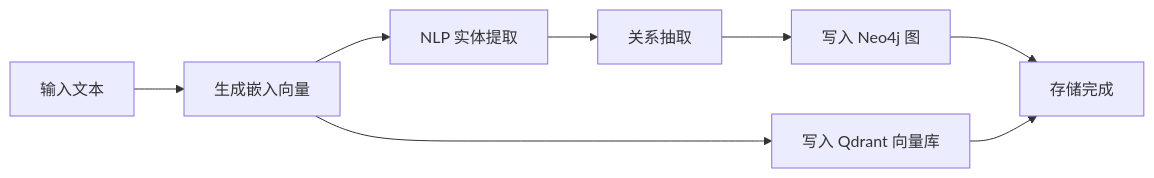
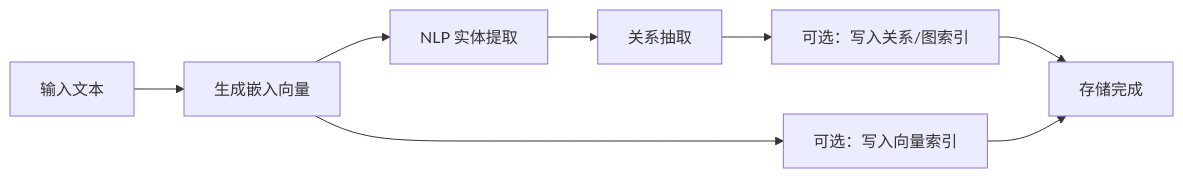
The first of 3 diagrams in knowledge/llm/agent/agent-memory.md (AmbitionC/front-end-journey-resource), drawn with Mermaid before and after one commit. The commit also changed other lines of this file and 13 other files, not shown here.

````diff
--- a/knowledge/llm/agent/agent-memory.md
+++ b/knowledge/llm/agent/agent-memory.md
@@ -127,9 +103,9 @@
 ```mermaid
 flowchart LR
     A[输入文本] --> B[生成嵌入向量]
     B --> C[NLP 实体提取]
     C --> D[关系抽取]
-    D --> E[写入 Neo4j 图]
-    B --> F[写入 Qdrant 向量库]
+    D --> E[可选：写入关系/图索引]
+    B --> F[可选：写入向量索引]
     E & F --> G[存储完成]
 ```
````
